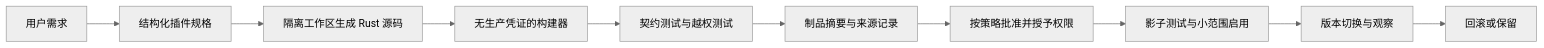
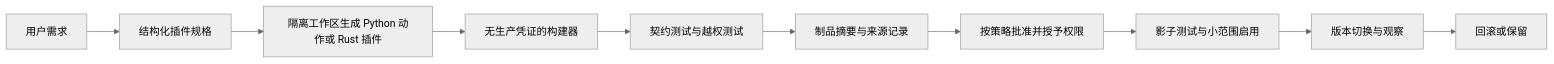
The second of 3 diagrams in docs/architecture.md (lakasli/Prometheus), drawn with Mermaid (neutral theme) before and after one commit. The commit also changed other lines of this file, not shown here.

Commit message:
docs: redesign diary, relationships and sleep architecture

````diff
--- a/docs/architecture.md
+++ b/docs/architecture.md
@@ -501,12 +621,12 @@
 ```mermaid
 flowchart LR
     R[用户需求] --> P[结构化插件规格]
-    P --> G[隔离工作区生成 Rust 源码]
+    P --> G[隔离工作区生成 Python 动作或 Rust 插件]
     G --> B[无生产凭证的构建器]
     B --> T[契约测试与越权测试]
     T --> A[制品摘要与来源记录]
     A --> V[按策略批准并授予权限]
     V --> C[影子测试与小范围启用]
     C --> E[版本切换与观察]
     E --> X[回滚或保留]
 ```
````
